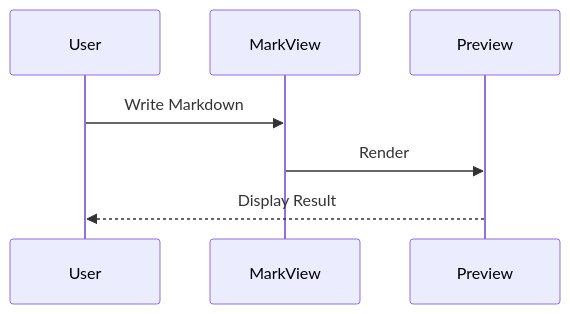
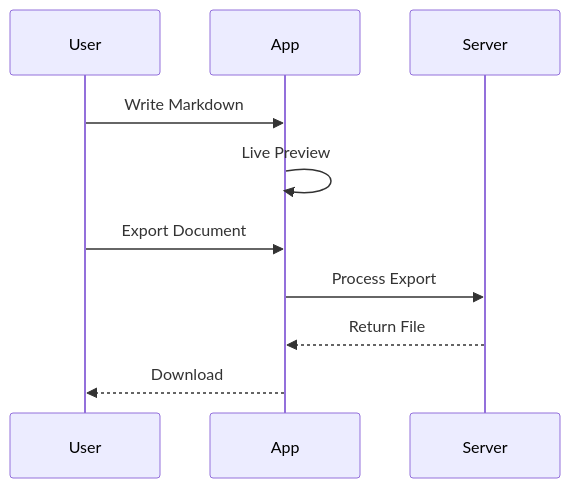
The second of 3 diagrams in src/assets/welcome.md (qazuor/markdown-previewer), drawn with Mermaid before and after one commit. The commit also changed other lines of this file and 2 other files, not shown here.

````diff
--- a/src/assets/welcome.md
+++ b/src/assets/welcome.md
@@ -77,10 +152,13 @@
 ```mermaid
 sequenceDiagram
     participant User
-    participant MarkView
-    participant Preview
+    participant App
+    participant Server
 
-    User->>MarkView: Write Markdown
-    MarkView->>Preview: Render
-    Preview-->>User: Display Result
+    User->>App: Write Markdown
+    App->>App: Live Preview
+    User->>App: Export Document
+    App->>Server: Process Export
+    Server-->>App: Return File
+    App-->>User: Download
 ```
````
